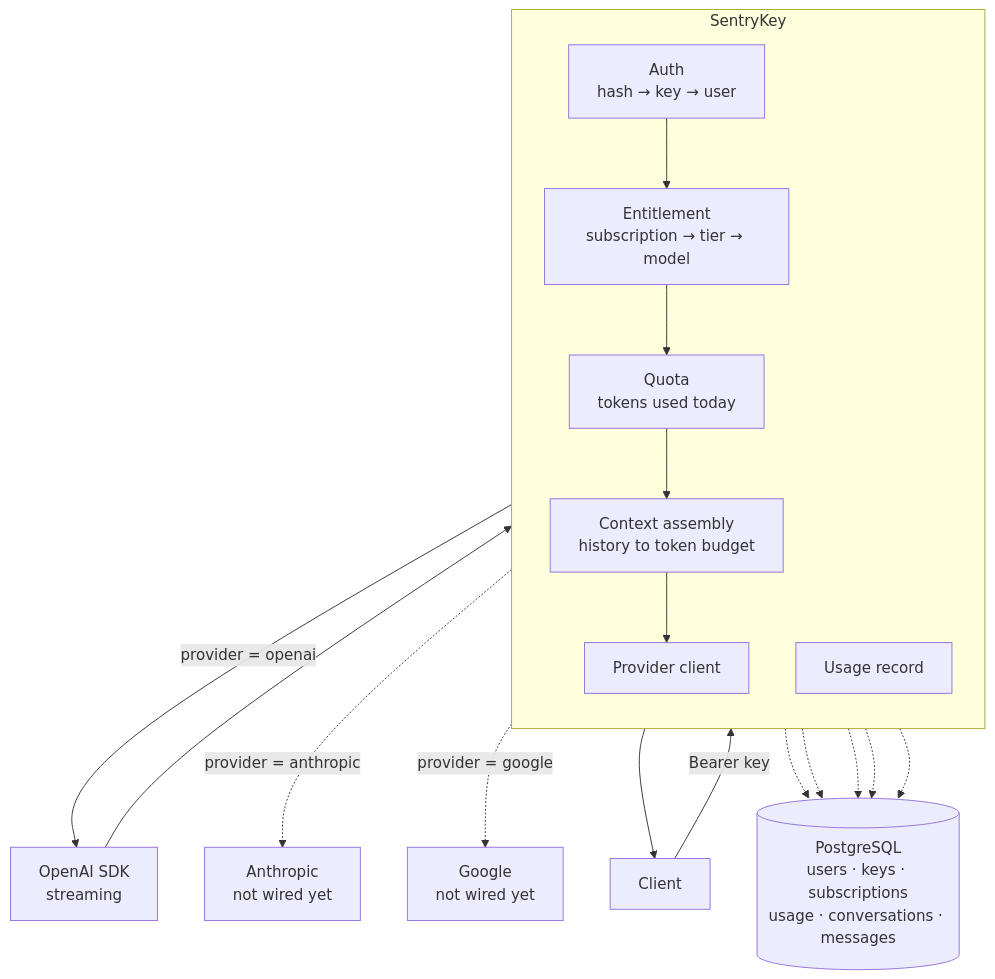
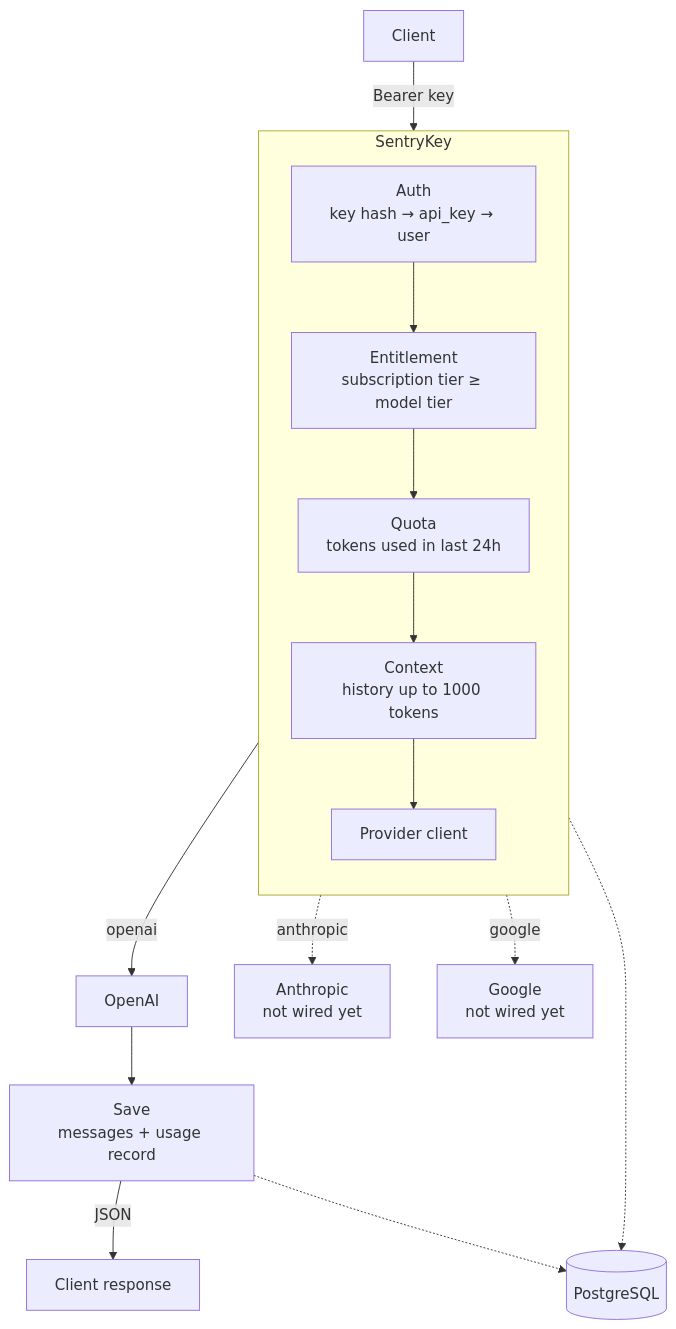
One commit to goutham-226/SentryKey changed the diagram in README.md. Above: the diagram before and after it, drawn with Mermaid.

````diff
--- a/README.md
+++ b/README.md
@@ -67,31 +67,29 @@
 ```mermaid
 flowchart TB
     C[Client]
 
     subgraph GW["SentryKey"]
         direction TB
-        AUTH["Auth<br/>hash → key → user"]
-        ENT["Entitlement<br/>subscription → tier → model"]
-        QUOTA["Quota<br/>tokens used today"]
-        CTX["Context assembly<br/>history to token budget"]
+        AUTH["Auth<br/>key hash → api_key → user"]
+        ENT["Entitlement<br/>subscription tier ≥ model tier"]
+        QUOTA["Quota<br/>tokens used in last 24h"]
+        CTX["Context<br/>history up to 1000 tokens"]
         PROV["Provider client"]
-        METER["Usage record"]
     end
 
-    PG[("PostgreSQL<br/>users · keys · subscriptions<br/>usage · conversations · messages")]
-    OAI["OpenAI SDK<br/>streaming"]
+    OAI["OpenAI"]
     ANT["Anthropic<br/>not wired yet"]
     GEM["Google<br/>not wired yet"]
+    METER["Save<br/>messages + usage record"]
+    R[Client response]
+    PG[("PostgreSQL")]
 
     C -->|Bearer key| AUTH --> ENT --> QUOTA --> CTX --> PROV
-    PROV -->|provider = openai| OAI
-    PROV -.->|provider = anthropic| ANT
-    PROV -.->|provider = google| GEM
-    OAI --> METER --> C
+    PROV -->|openai| OAI
+    PROV -.->|anthropic| ANT
+    PROV -.->|google| GEM
+    OAI --> METER -->|JSON| R
 
-    AUTH -.-> PG
-    ENT -.-> PG
-    QUOTA -.-> PG
-    CTX -.-> PG
+    GW -.-> PG
     METER -.-> PG
 ```
````
